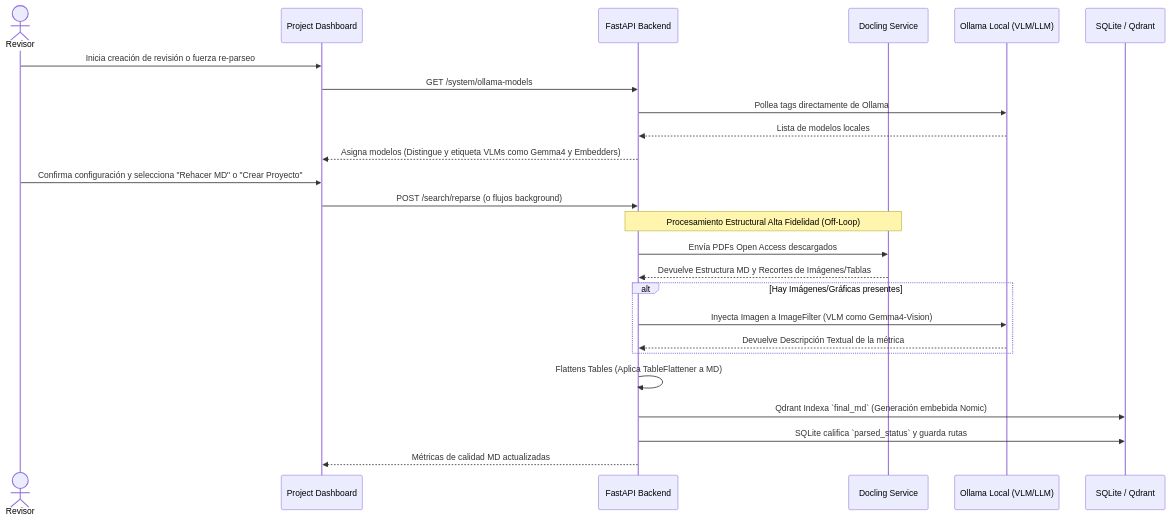
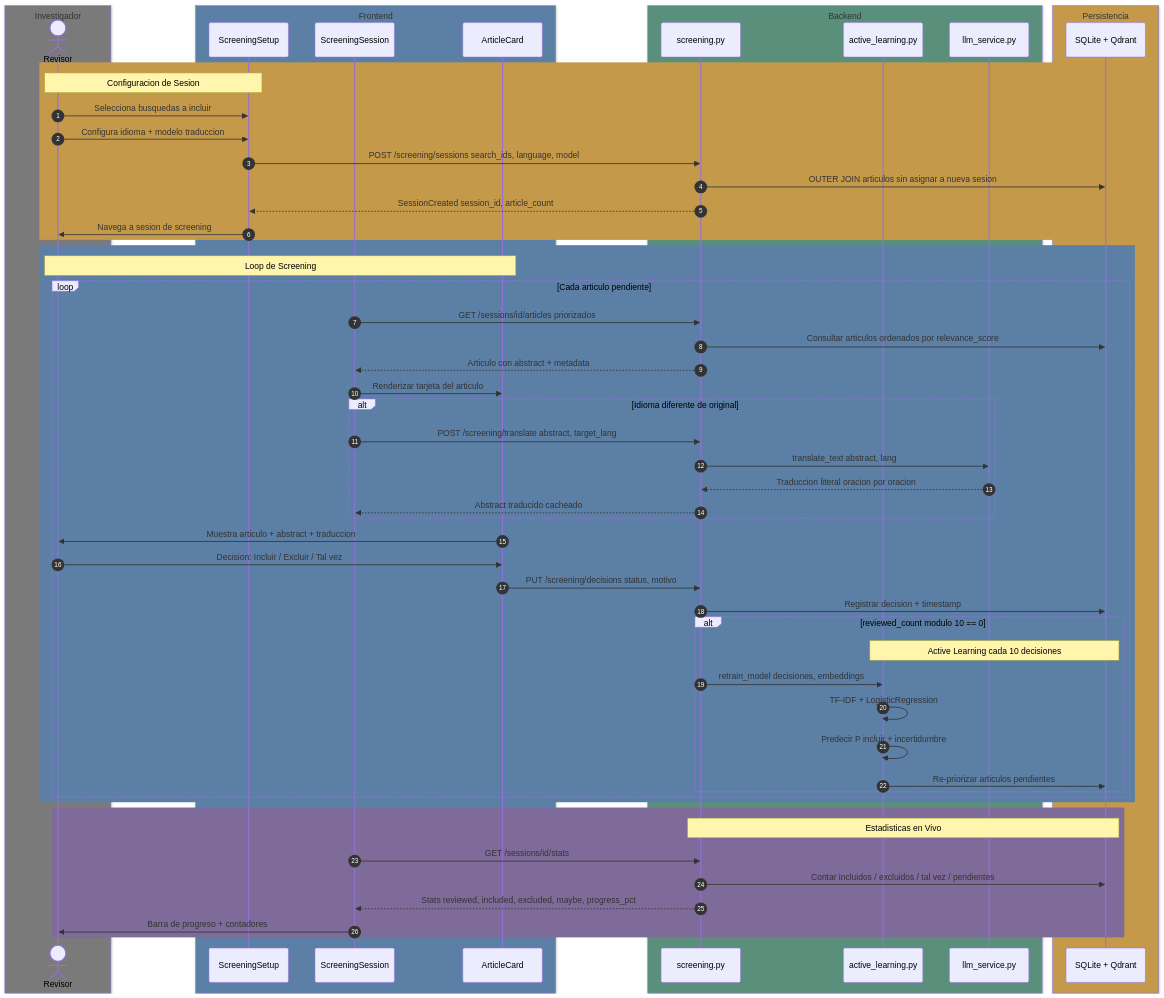
One commit to AlexPrietoRomani/AgriSearch changed the eighth of 13 diagrams in docs/architecture/arquitectura.md. Above: the diagram before and after it, drawn with Mermaid. The commit also changed other lines of this file, not shown here.

Commit message:
docs: añade diagramas de flujo y modelos a la arquitectura

````diff
--- a/docs/architecture/arquitectura.md
+++ b/docs/architecture/arquitectura.md
@@ -187,32 +425,69 @@
 ```mermaid
 sequenceDiagram
-    actor User as Revisor
-    participant FE as Project Dashboard
-    participant API as FastAPI Backend
-    participant Docling as Docling Service
-    participant LLM as Ollama Local (VLM/LLM)
-    participant DB as SQLite / Qdrant
+    box rgb(122,122,122) Investigador
+        actor User as Revisor
+    end
+    box rgb(91,127,165) Frontend
+        participant Setup as ScreeningSetup
+        participant SS as ScreeningSession
+        participant Card as ArticleCard
+    end
+    box rgb(90,143,123) Backend
+        participant API as screening.py
+        participant AL as active_learning.py
+        participant LLM as llm_service.py
+    end
+    box rgb(196,154,74) Persistencia
+        participant DB as SQLite + Qdrant
+    end
 
-    User->>FE: Inicia creación de revisión o fuerza re-parseo
-    FE->>API: GET /system/ollama-models
-    API->>LLM: Pollea tags directamente de Ollama
-    LLM-->>API: Lista de modelos locales
-    API-->>FE: Asigna modelos (Distingue y etiqueta VLMs como Gemma4 y Embedders)
-    
-    User->>FE: Confirma configuración y selecciona "Rehacer MD" o "Crear Proyecto"
-    FE->>API: POST /search/reparse (o flujos background)
-    
-    Note over API,Docling: Procesamiento Estructural Alta Fidelidad (Off-Loop)
-    API->>Docling: Envía PDFs Open Access descargados
-    Docling-->>API: Devuelve Estructura MD y Recortes de Imágenes/Tablas
-    
-    alt Hay Imágenes/Gráficas presentes
-        API->>LLM: Inyecta Imagen a ImageFilter (VLM como Gemma4-Vision)
-        LLM-->>API: Devuelve Descripción Textual de la métrica
+    autonumber
+
+    rect rgb(196,154,74)
+        Note over User,Setup: Configuracion de Sesion
+        User->>Setup: Selecciona busquedas a incluir
+        User->>Setup: Configura idioma + modelo traduccion
+        Setup->>API: POST /screening/sessions search_ids, language, model
+        API->>DB: OUTER JOIN articulos sin asignar a nueva sesion
+        API-->>Setup: SessionCreated session_id, article_count
+        Setup->>User: Navega a sesion de screening
     end
-    
-    API->>API: Flattens Tables (Aplica TableFlattener a MD)
-    API->>DB: Qdrant Indexa `final_md` (Generación embebida Nomic)
-    API->>DB: SQLite califica `parsed_status` y guarda rutas
-    API-->>FE: Métricas de calidad MD actualizadas
+
+    rect rgb(91,127,165)
+        Note over User,Card: Loop de Screening
+        loop Cada articulo pendiente
+            SS->>API: GET /sessions/id/articles priorizados
+            API->>DB: Consultar articulos ordenados por relevance_score
+            API-->>SS: Articulo con abstract + metadata
+            SS->>Card: Renderizar tarjeta del articulo
+
+            alt Idioma diferente de original
+                SS->>API: POST /screening/translate abstract, target_lang
+                API->>LLM: translate_text abstract, lang
+                LLM-->>API: Traduccion literal oracion por oracion
+                API-->>SS: Abstract traducido cacheado
+            end
+
+            Card->>User: Muestra articulo + abstract + traduccion
+            User->>Card: Decision: Incluir / Excluir / Tal vez
+            Card->>API: PUT /screening/decisions status, motivo
+            API->>DB: Registrar decision + timestamp
+
+            alt reviewed_count modulo 10 == 0
+                Note over AL,DB: Active Learning cada 10 decisiones
+                API->>AL: retrain_model decisiones, embeddings
+                AL->>AL: TF-IDF + LogisticRegression
+                AL->>AL: Predecir P incluir + incertidumbre
+                AL->>DB: Re-priorizar articulos pendientes
+            end
+        end
+    end
+
+    rect rgb(126,107,153)
+        Note over API,DB: Estadisticas en Vivo
+        SS->>API: GET /sessions/id/stats
+        API->>DB: Contar incluidos / excluidos / tal vez / pendientes
+        API-->>SS: Stats reviewed, included, excluded, maybe, progress_pct
+        SS->>User: Barra de progreso + contadores
+    end
 ```
````
